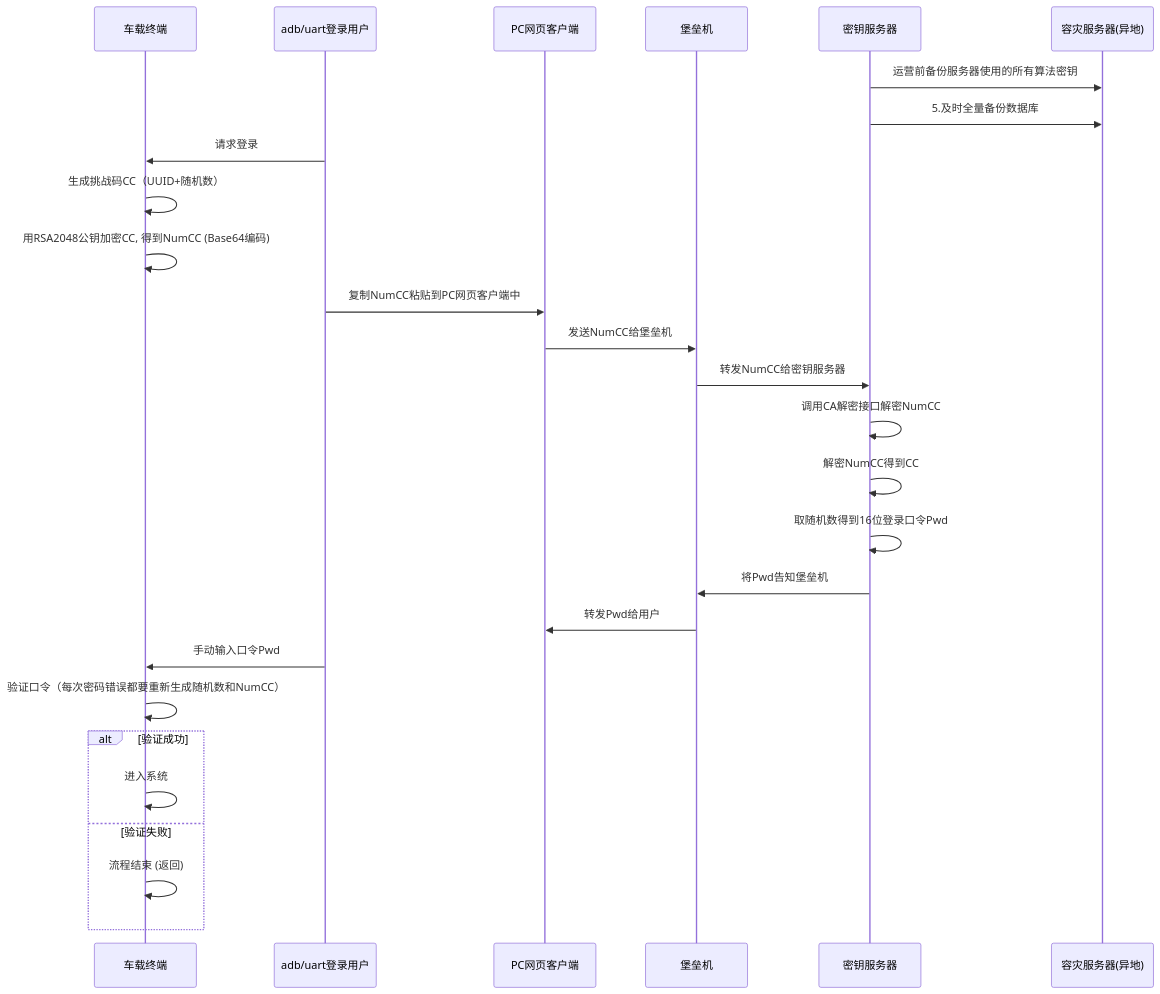
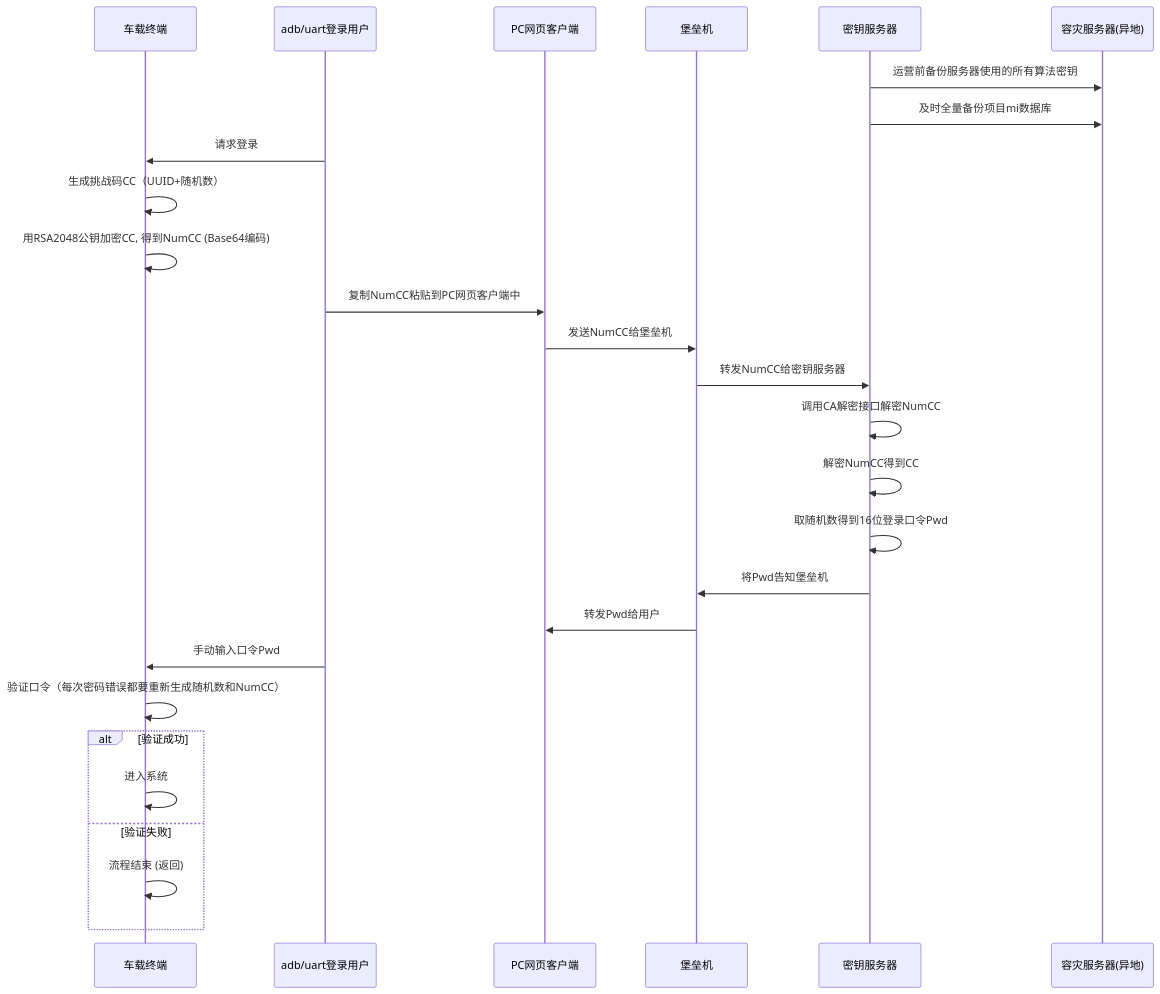
The diagram in all/未命名-19.md (facebook-cloud/iodraw-files), drawn with Mermaid before and after one commit.

Commit message:
2026-03-13 15:37:37 update

````diff
--- a/all/未命名-19.md
+++ b/all/未命名-19.md
@@ -1,32 +1,32 @@
 ```mermaid
 sequenceDiagram
     participant tbox as 车载终端
     participant user as adb/uart登录用户
     participant pc as PC网页客户端
     participant bastion as 堡垒机
     participant tech_center as 密钥服务器
     participant backup as 容灾服务器(异地)
   
     tech_center->>backup: 运营前备份服务器使用的所有算法密钥
-    tech_center->>backup: 5.及时全量备份数据库
+    tech_center->>backup: 及时全量备份项目mi数据库
     user->>tbox: 请求登录
     tbox->>tbox: 生成挑战码CC（UUID+随机数）
     tbox->>tbox: 用RSA2048公钥加密CC, 得到NumCC (Base64编码)
     user->>pc: 复制NumCC粘贴到PC网页客户端中
     pc->>bastion: 发送NumCC给堡垒机
     bastion->>tech_center: 转发NumCC给密钥服务器
     tech_center->>tech_center: 调用CA解密接口解密NumCC
     tech_center->>tech_center: 解密NumCC得到CC
     tech_center->>tech_center: 取随机数得到16位登录口令Pwd
     tech_center->>bastion: 将Pwd告知堡垒机
     bastion->>pc: 转发Pwd给用户
     user->>tbox: 手动输入口令Pwd
     tbox->>tbox: 验证口令（每次密码错误都要重新生成随机数和NumCC）
     alt 验证成功
         tbox->>tbox: 进入系统
     else 验证失败
         tbox->>tbox: 流程结束 (返回)
     end
 
 
 ```
````
